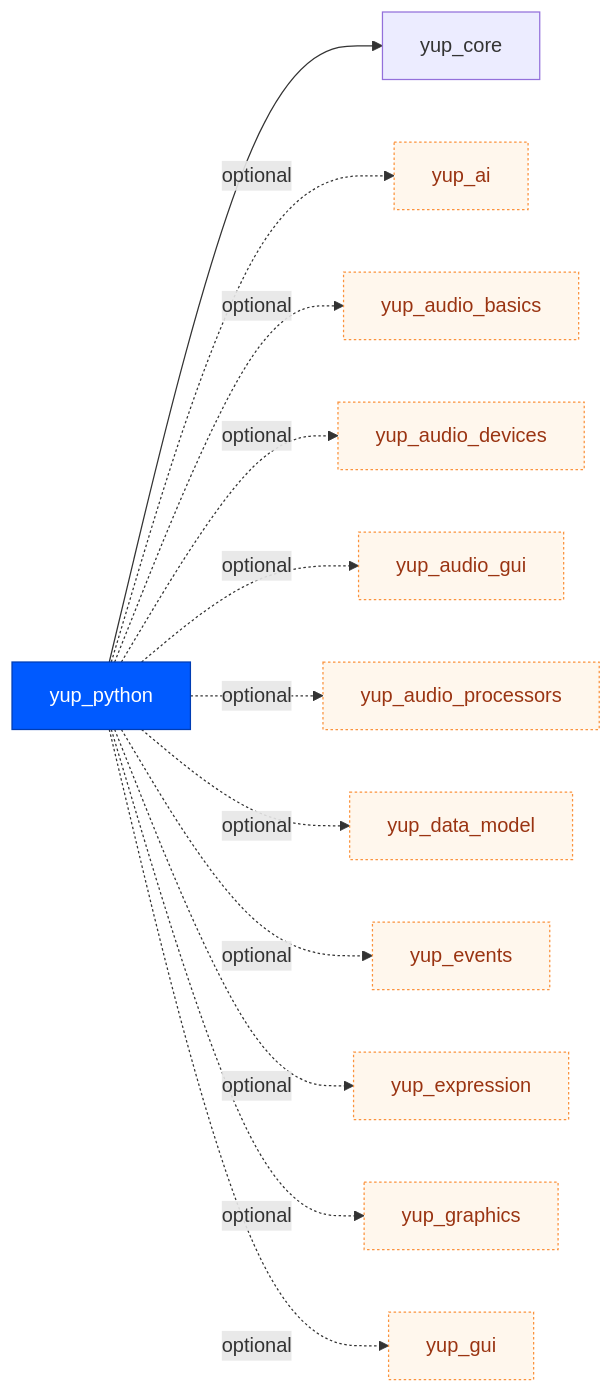
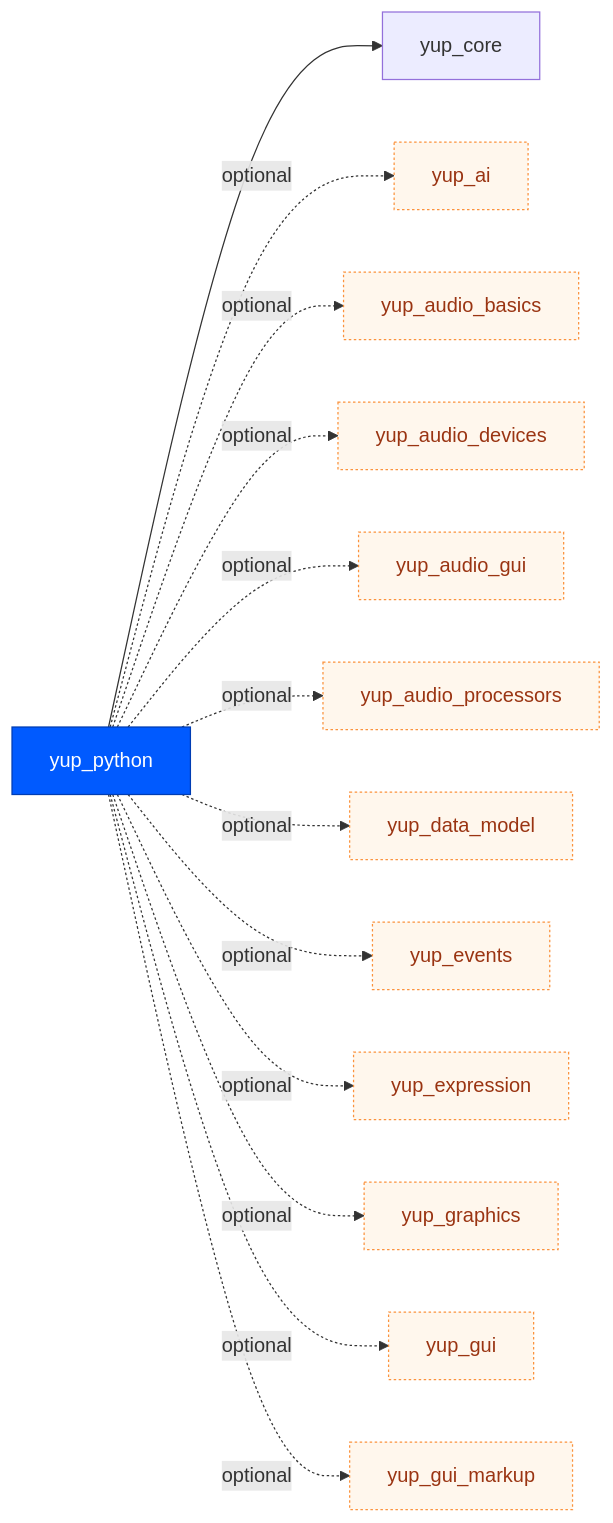
Before and after one commit to kunitoki/yup: diagram 26 of 27 in docs/modules.md, drawn with Mermaid. The commit also changed other lines of this file and 781 other files, not shown here.

````diff
--- a/docs/modules.md
+++ b/docs/modules.md
@@ -463,17 +504,18 @@
 ```mermaid
 flowchart LR
     yup_python:::self --> yup_core
     yup_python -. optional .-> yup_ai:::opt
     yup_python -. optional .-> yup_audio_basics:::opt
     yup_python -. optional .-> yup_audio_devices:::opt
     yup_python -. optional .-> yup_audio_gui:::opt
     yup_python -. optional .-> yup_audio_processors:::opt
     yup_python -. optional .-> yup_data_model:::opt
     yup_python -. optional .-> yup_events:::opt
     yup_python -. optional .-> yup_expression:::opt
     yup_python -. optional .-> yup_graphics:::opt
     yup_python -. optional .-> yup_gui:::opt
+    yup_python -. optional .-> yup_gui_markup:::opt
     classDef self fill:#005aff,color:#fff,stroke:#003db3;
     classDef ext fill:#f3f4f6,color:#374151,stroke:#9ca3af,stroke-dasharray:4 3;
     classDef opt fill:#fff7ed,color:#9a3412,stroke:#fb923c,stroke-dasharray:2 2;
 ```
````
